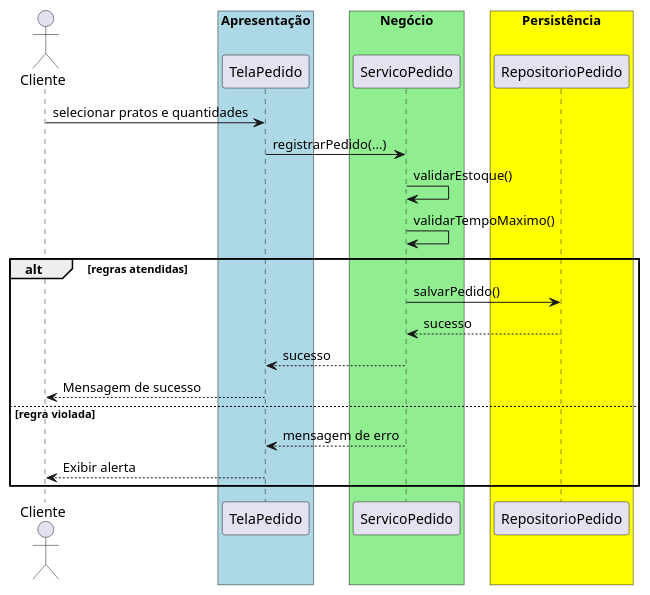
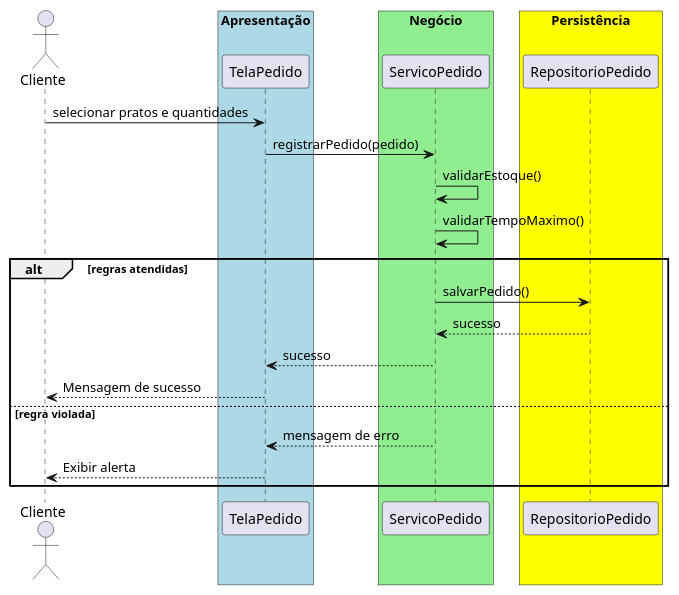
One commit to 20261-ifba-saj-ads-poo/blog changed the diagram in src/trabalhos/Trabalho09.md. Above: the diagram before and after it, drawn with PlantUML. The commit also changed other lines of this file and 35 other files, not shown here.

````diff
--- a/src/trabalhos/Trabalho09.md
+++ b/src/trabalhos/Trabalho09.md
@@ -28,27 +28,27 @@
 ```plantuml{kroki=true}
 @startuml
 actor Cliente
 box "Apresentação" #lightblue
     participant TelaPedido
 end box
 box "Negócio" #lightgreen
     participant ServicoPedido
 end box
 box "Persistência" #yellow
     participant RepositorioPedido
 end box
 Cliente -> TelaPedido : selecionar pratos e quantidades
-TelaPedido -> ServicoPedido : registrarPedido(...)
+TelaPedido -> ServicoPedido : registrarPedido(pedido)
 ServicoPedido -> ServicoPedido : validarEstoque()
 ServicoPedido -> ServicoPedido : validarTempoMaximo()
 alt regras atendidas
     ServicoPedido -> RepositorioPedido : salvarPedido()
     RepositorioPedido --> ServicoPedido : sucesso
     ServicoPedido --> TelaPedido : sucesso
     TelaPedido --> Cliente : Mensagem de sucesso
 else regra violada
     ServicoPedido --> TelaPedido : mensagem de erro
     TelaPedido --> Cliente : Exibir alerta
 end
 @enduml
 ```
````
